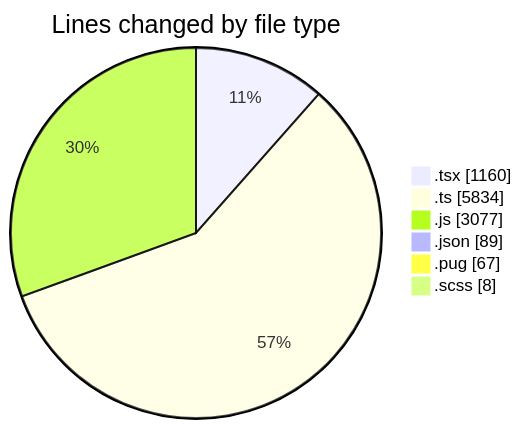
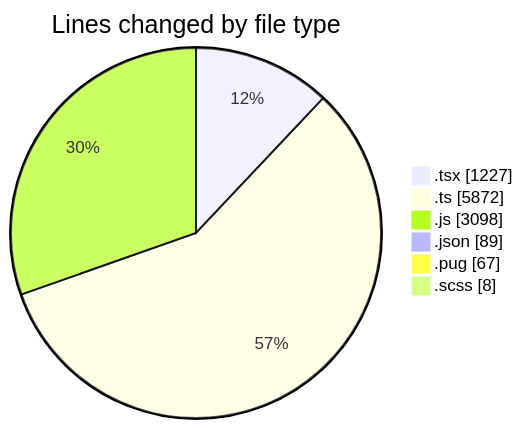
One commit to momahboobian/code-tracking changed the first of 2 diagrams in 2025-03-24/cda/README.md. Above: the diagram before and after it, drawn with Mermaid. The commit also changed other lines of this file and 1 other file, not shown here.

````diff
--- a/2025-03-24/cda/README.md
+++ b/2025-03-24/cda/README.md
@@ -41,10 +41,10 @@
 ```mermaid
 pie showData
 title Lines changed by file type
-".tsx" : 1160
-".ts" : 5834
-".js" : 3077
+".tsx" : 1227
+".ts" : 5872
+".js" : 3098
 ".json" : 89
 ".pug" : 67
 ".scss" : 8
 ```
````
